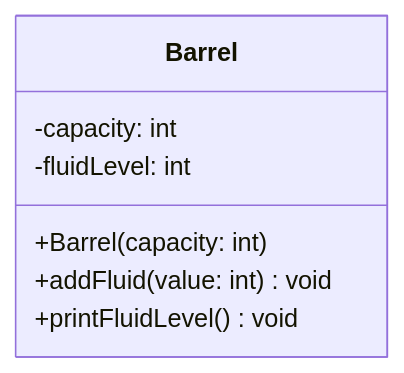
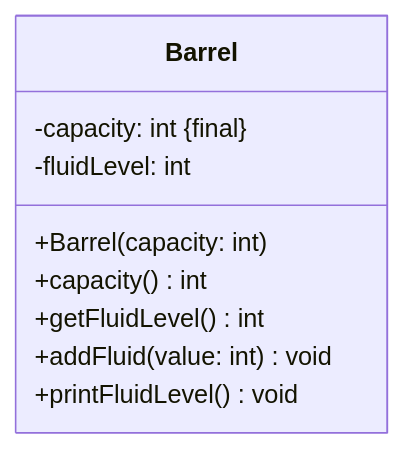
Before and after one commit to jappuccini/java-docs: the diagram in docs/exercises/exceptions/exceptions02.mdx, drawn with Mermaid. The commit also changed 33 other files, not shown here.

````diff
--- a/docs/exercises/exceptions/exceptions02.mdx
+++ b/docs/exercises/exceptions/exceptions02.mdx
@@ -15,11 +15,13 @@
 ```mermaid
 classDiagram
 
     class Barrel {
-        -capacity: int
+        -capacity: int &#123final&#125
         -fluidLevel: int
         +Barrel(capacity: int)
+        +capacity() int
+        +getFluidLevel() int
         +addFluid(value: int) void
         +printFluidLevel() void
     }
 ```
````
